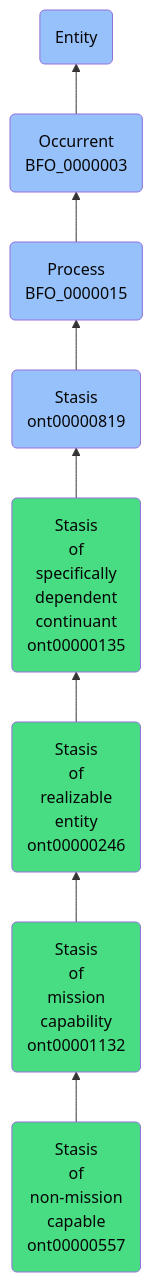
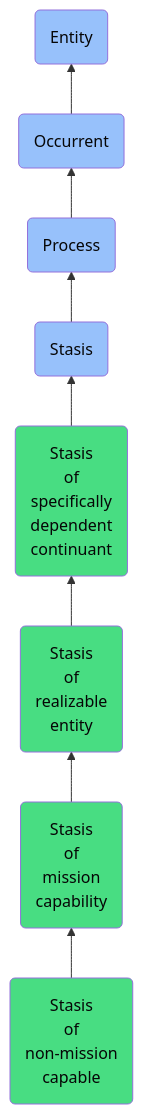
Before and after one commit to jupyter-naas/abi: the diagram in docs/ontology/reference/model/Entity/Occurrent/Process/Stasis/Stasis of specifically dependent continuant/Stasis of realizable entity/Stasis of mission capability/Stasis of non-mission capable/Stasis of non-mission capable.md, drawn with Mermaid. The commit also changed other lines of this file and 1430 other files, not shown here.

````diff
--- a/docs/ontology/reference/model/Entity/Occurrent/Process/Stasis/Stasis of specifically dependent continuant/Stasis of realizable entity/Stasis of mission capability/Stasis of non-mission capable/Stasis of non-mission capable.md
+++ b/docs/ontology/reference/model/Entity/Occurrent/Process/Stasis/Stasis of specifically dependent continuant/Stasis of realizable entity/Stasis of mission capability/Stasis of non-mission capable/Stasis of non-mission capable.md
@@ -24,15 +24,15 @@
 ```mermaid
 graph BT
-    ont00000557(Stasis<br>of<br>non-mission<br>capable<br>ont00000557):::ABI-->ont00001132
-    ont00001132(Stasis<br>of<br>mission<br>capability<br>ont00001132):::ABI-->ont00000246
-    ont00000246(Stasis<br>of<br>realizable<br>entity<br>ont00000246):::ABI-->ont00000135
-    ont00000135(Stasis<br>of<br>specifically<br>dependent<br>continuant<br>ont00000135):::ABI-->ont00000819
-    ont00000819(Stasis<br>ont00000819):::BFO-->BFO_0000015
-    BFO_0000015(Process<br>BFO_0000015):::BFO-->BFO_0000003
-    BFO_0000003(Occurrent<br>BFO_0000003):::BFO-->BFO_0000001
+    ont00000557(Stasis<br>of<br>non-mission<br>capable):::ABI-->ont00001132
+    ont00001132(Stasis<br>of<br>mission<br>capability):::ABI-->ont00000246
+    ont00000246(Stasis<br>of<br>realizable<br>entity):::ABI-->ont00000135
+    ont00000135(Stasis<br>of<br>specifically<br>dependent<br>continuant):::ABI-->ont00000819
+    ont00000819(Stasis):::BFO-->BFO_0000015
+    BFO_0000015(Process):::BFO-->BFO_0000003
+    BFO_0000003(Occurrent):::BFO-->BFO_0000001
     BFO_0000001(Entity):::BFO
     
     classDef BFO fill:#97c1fb,color:#060606
     classDef CCO fill:#e4c51e,color:#060606
     classDef ABI fill:#48DD82,color:#060606
 ```
````
